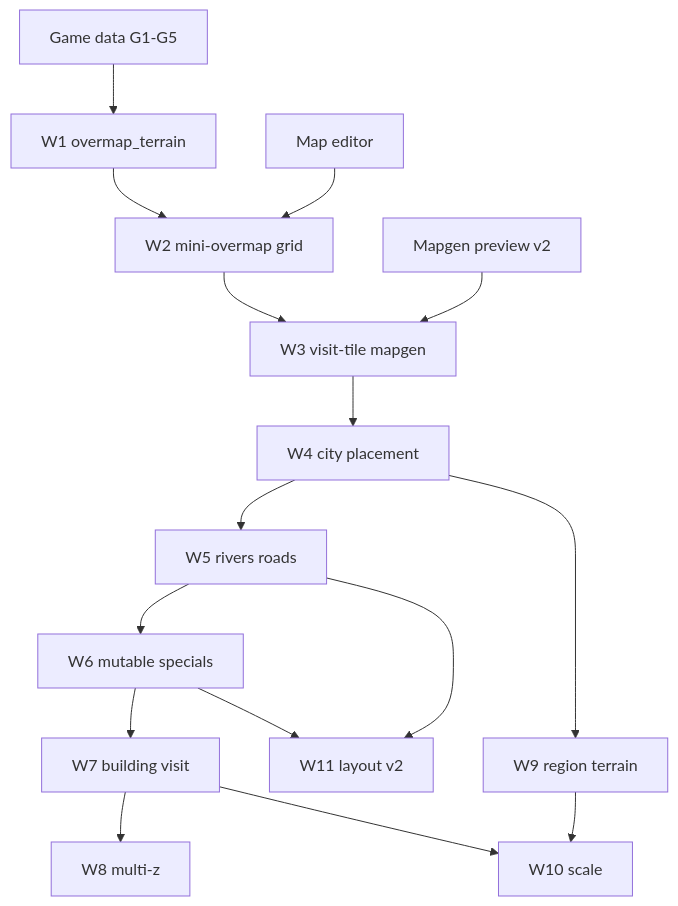
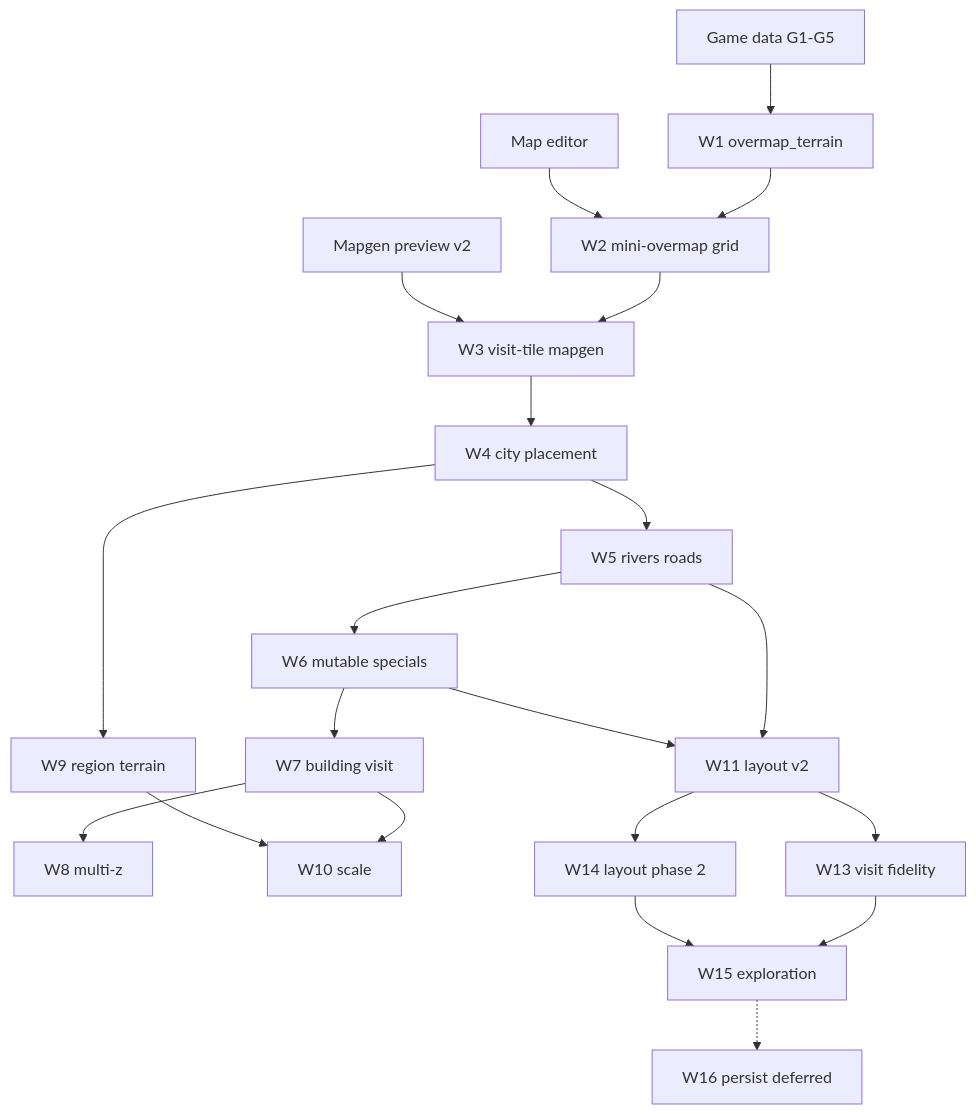
The diagram in docs/worldgen/README.md (SOS-Games/Cataclysm-BN-nextgen), drawn with Mermaid before and after one commit. The commit also changed other lines of this file and 55 other files, not shown here.

````diff
--- a/docs/worldgen/README.md
+++ b/docs/worldgen/README.md
@@ -74,20 +100,26 @@
 ```mermaid
 flowchart TD
     W1[W1 overmap_terrain] --> W2[W2 mini-overmap grid]
     W2 --> W3[W3 visit-tile mapgen]
     W3 --> W4[W4 city placement]
     W4 --> W5[W5 rivers roads]
     W5 --> W6[W6 mutable specials]
 
     W6 --> W7[W7 building visit]
     W7 --> W8[W8 multi-z]
     W7 --> W10[W10 scale]
     W4 --> W9[W9 region terrain]
     W9 --> W10
     W5 --> W11[W11 layout v2]
     W6 --> W11
 
+    W11 --> W13[W13 visit fidelity]
+    W11 --> W14[W14 layout phase 2]
+    W13 --> W15[W15 exploration]
+    W14 --> W15
+    W15 -.-> W16[W16 persist deferred]
+
     MP[Mapgen preview v2] --> W3
     GD[Game data G1-G5] --> W1
     ME[Map editor] --> W2
 ```
````
